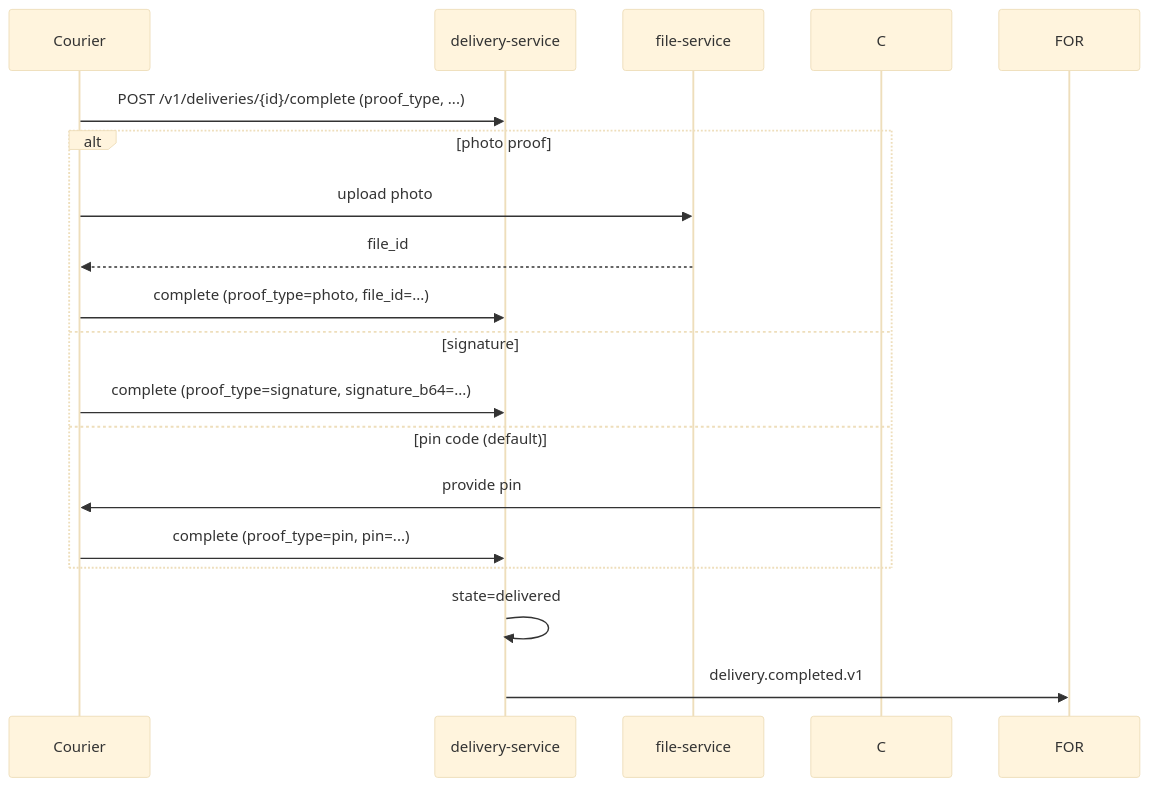
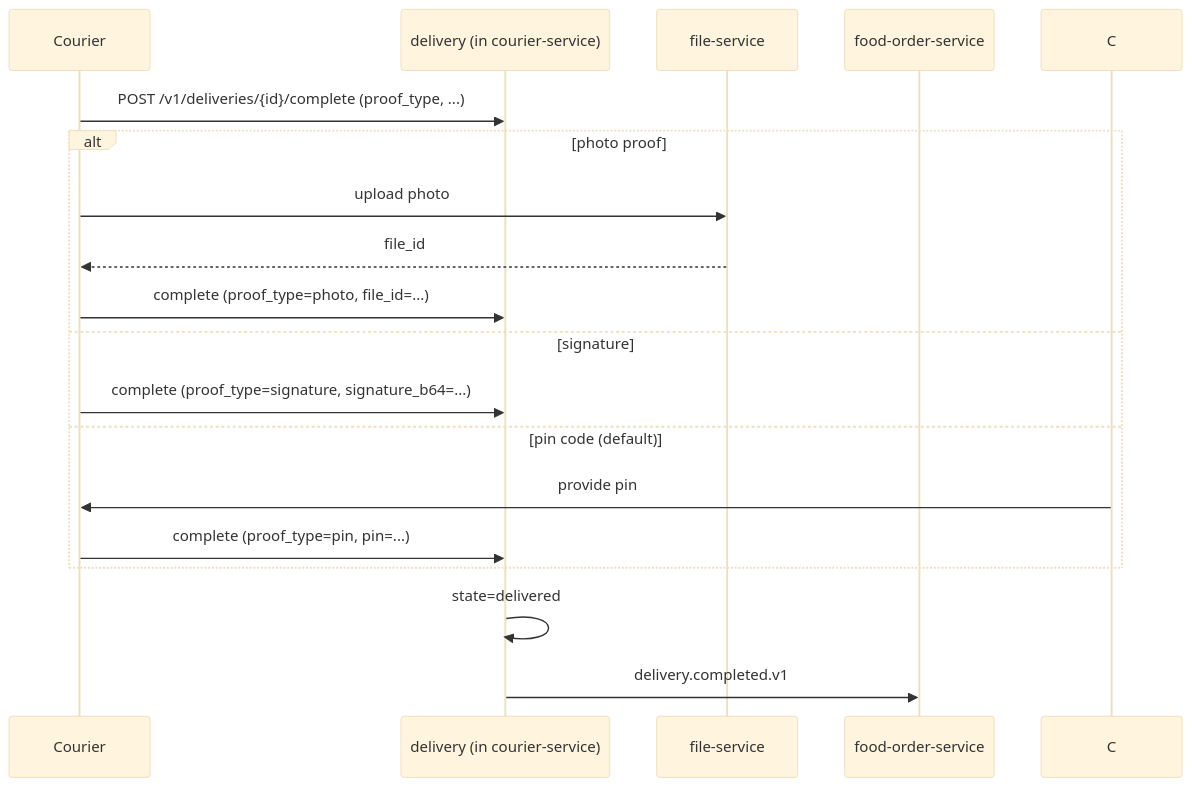
One commit to mohamedhabibwork/trips-enjoy-docs changed the sixth of 7 diagrams in docs/workflows/COURIER_WORKFLOWS.md. Above: the diagram before and after it, drawn with Mermaid (base theme). The commit also changed other lines of this file and 525 other files, not shown here.

````diff
--- a/docs/workflows/COURIER_WORKFLOWS.md
+++ b/docs/workflows/COURIER_WORKFLOWS.md
@@ -143,20 +113,21 @@
 ```mermaid
 sequenceDiagram
     participant CR as Courier
-    participant DLV as delivery-service
+    participant DLV as delivery (in courier-service)
     participant FS as file-service
+    participant FOR as food-order-service
 
     CR->>DLV: POST /v1/deliveries/{id}/complete (proof_type, ...)
     alt photo proof
         CR->>FS: upload photo
         FS-->>CR: file_id
         CR->>DLV: complete (proof_type=photo, file_id=...)
     else signature
         CR->>DLV: complete (proof_type=signature, signature_b64=...)
     else pin code (default)
         C->>CR: provide pin
         CR->>DLV: complete (proof_type=pin, pin=...)
     end
     DLV->>DLV: state=delivered
     DLV->>FOR: delivery.completed.v1
 ```
````
